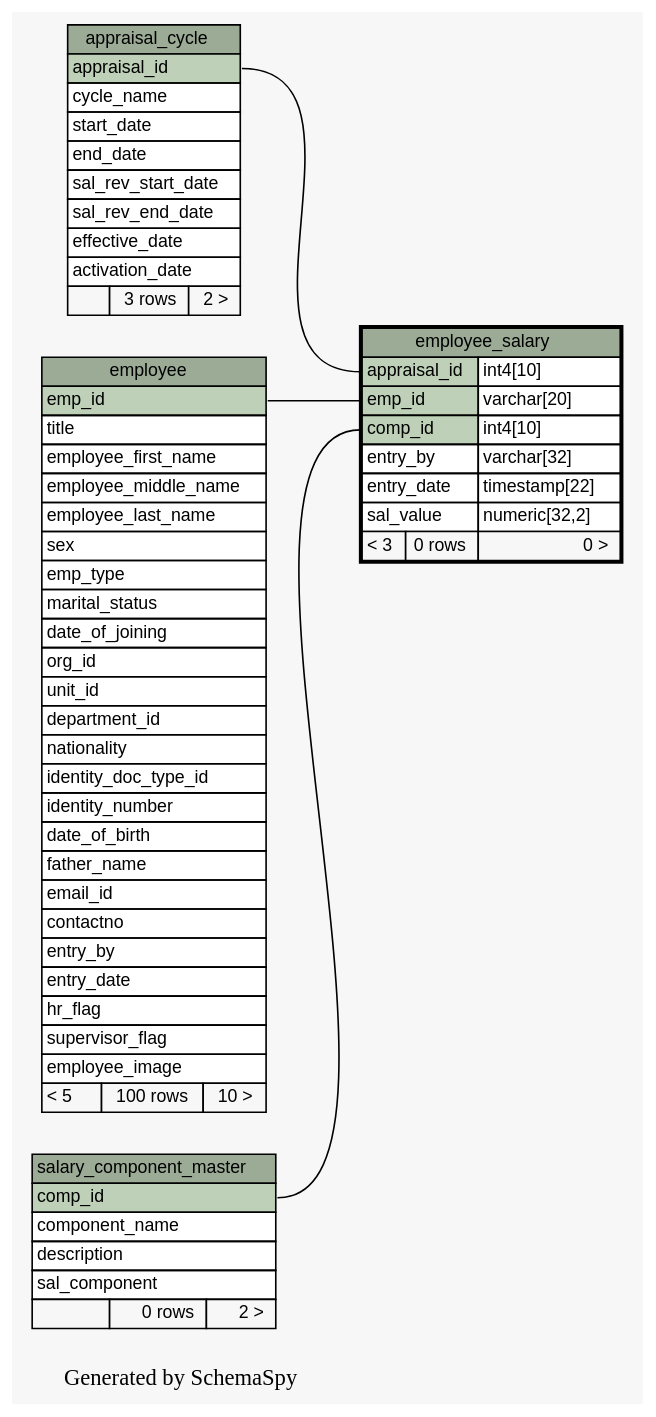
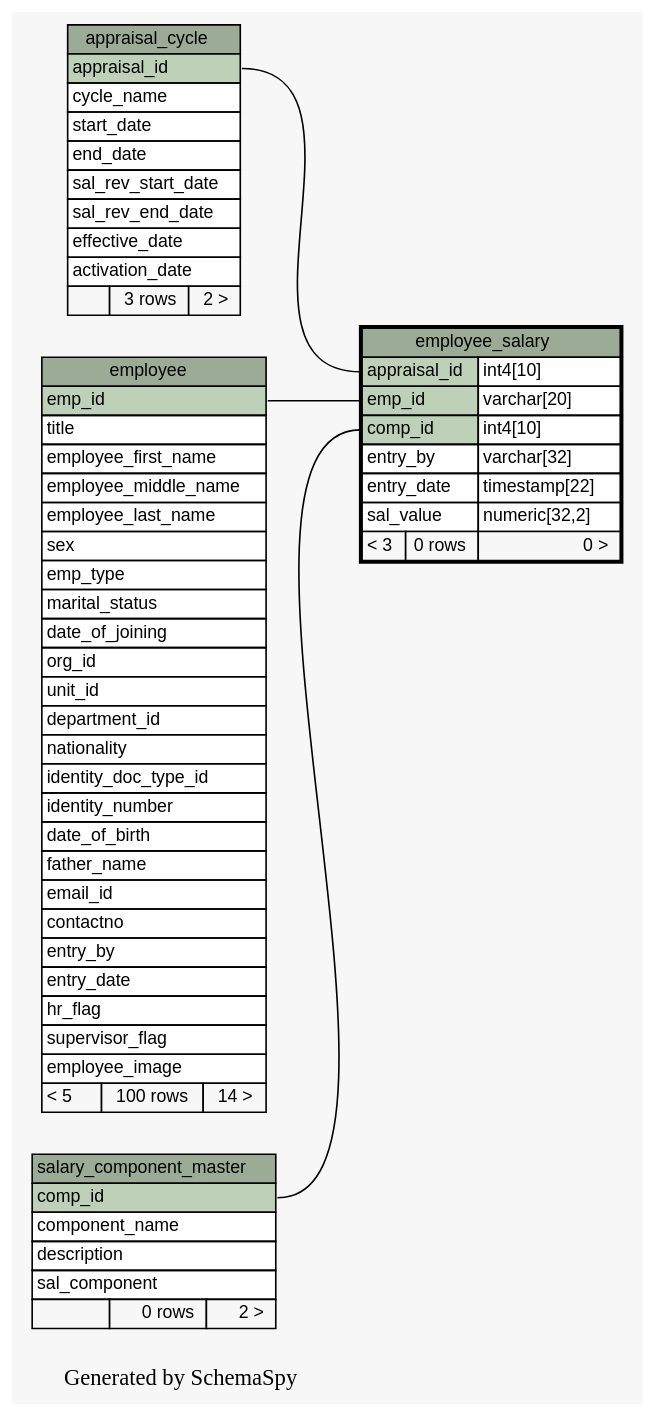
One commit to engineerscraft/hrms changed the diagram in docs/database/schemaspy/graphs/employee_salary.1degree.dot. Above: the diagram before and after it, drawn with Graphviz. The commit also changed 235 other files, not shown here.

Commit message:
Updated schemaspy

```diff
--- a/docs/database/schemaspy/graphs/employee_salary.1degree.dot
+++ b/docs/database/schemaspy/graphs/employee_salary.1degree.dot
@@ -1,98 +1,98 @@
-// dot 2.38.0 on Windows 7 6.1
+// dot 2.38.0 on Windows 8.1 6.3
 digraph "oneDegreeRelationshipsGraph" {
   graph [
     rankdir="RL"
     bgcolor="#f7f7f7"
     label="\nGenerated by SchemaSpy"
     labeljust="l"
   ];
   node [
     fontname="Helvetica"
     fontsize="11"
     shape="plaintext"
   ];
   edge [
     arrowsize="0.8"
   ];
   "employee_salary":"appraisal_id":w -> "appraisal_cycle":"appraisal_id":e [arrowtail=crowtee arrowhead=none];
   "employee_salary":"comp_id":w -> "salary_component_master":"comp_id":e [arrowtail=crowtee arrowhead=none];
   "employee_salary":"emp_id":w -> "employee":"emp_id":e [arrowtail=crowtee arrowhead=none];
   "appraisal_cycle" [
     label=<
     <TABLE BORDER="0" CELLBORDER="1" CELLSPACING="0" BGCOLOR="#ffffff">
       <TR><TD PORT="appraisal_cycle.heading" COLSPAN="3" BGCOLOR="#9bab96" ALIGN="CENTER">appraisal_cycle</TD></TR>
       <TR><TD PORT="appraisal_id" COLSPAN="3" BGCOLOR="#bed1b8" ALIGN="LEFT">appraisal_id</TD></TR>
       <TR><TD PORT="cycle_name" COLSPAN="3" ALIGN="LEFT">cycle_name</TD></TR>
       <TR><TD PORT="start_date" COLSPAN="3" ALIGN="LEFT">start_date</TD></TR>
       <TR><TD PORT="end_date" COLSPAN="3" ALIGN="LEFT">end_date</TD></TR>
       <TR><TD PORT="sal_rev_start_date" COLSPAN="3" ALIGN="LEFT">sal_rev_start_date</TD></TR>
       <TR><TD PORT="sal_rev_end_date" COLSPAN="3" ALIGN="LEFT">sal_rev_end_date</TD></TR>
       <TR><TD PORT="effective_date" COLSPAN="3" ALIGN="LEFT">effective_date</TD></TR>
       <TR><TD PORT="activation_date" COLSPAN="3" ALIGN="LEFT">activation_date</TD></TR>
       <TR><TD ALIGN="LEFT" BGCOLOR="#f7f7f7">  </TD><TD ALIGN="RIGHT" BGCOLOR="#f7f7f7">3 rows</TD><TD ALIGN="RIGHT" BGCOLOR="#f7f7f7">2 &gt;</TD></TR>
     </TABLE>>
     URL="appraisal_cycle.html#graph"
     tooltip="appraisal_cycle"
   ];
   "employee" [
     label=<
     <TABLE BORDER="0" CELLBORDER="1" CELLSPACING="0" BGCOLOR="#ffffff">
       <TR><TD PORT="employee.heading" COLSPAN="3" BGCOLOR="#9bab96" ALIGN="CENTER">employee</TD></TR>
       <TR><TD PORT="emp_id" COLSPAN="3" BGCOLOR="#bed1b8" ALIGN="LEFT">emp_id</TD></TR>
       <TR><TD PORT="title" COLSPAN="3" ALIGN="LEFT">title</TD></TR>
       <TR><TD PORT="employee_first_name" COLSPAN="3" ALIGN="LEFT">employee_first_name</TD></TR>
       <TR><TD PORT="employee_middle_name" COLSPAN="3" ALIGN="LEFT">employee_middle_name</TD></TR>
       <TR><TD PORT="employee_last_name" COLSPAN="3" ALIGN="LEFT">employee_last_name</TD></TR>
       <TR><TD PORT="sex" COLSPAN="3" ALIGN="LEFT">sex</TD></TR>
       <TR><TD PORT="emp_type" COLSPAN="3" ALIGN="LEFT">emp_type</TD></TR>
       <TR><TD PORT="marital_status" COLSPAN="3" ALIGN="LEFT">marital_status</TD></TR>
       <TR><TD PORT="date_of_joining" COLSPAN="3" ALIGN="LEFT">date_of_joining</TD></TR>
       <TR><TD PORT="org_id" COLSPAN="3" ALIGN="LEFT">org_id</TD></TR>
       <TR><TD PORT="unit_id" COLSPAN="3" ALIGN="LEFT">unit_id</TD></TR>
       <TR><TD PORT="department_id" COLSPAN="3" ALIGN="LEFT">department_id</TD></TR>
       <TR><TD PORT="nationality" COLSPAN="3" ALIGN="LEFT">nationality</TD></TR>
       <TR><TD PORT="identity_doc_type_id" COLSPAN="3" ALIGN="LEFT">identity_doc_type_id</TD></TR>
       <TR><TD PORT="identity_number" COLSPAN="3" ALIGN="LEFT">identity_number</TD></TR>
       <TR><TD PORT="date_of_birth" COLSPAN="3" ALIGN="LEFT">date_of_birth</TD></TR>
       <TR><TD PORT="father_name" COLSPAN="3" ALIGN="LEFT">father_name</TD></TR>
       <TR><TD PORT="email_id" COLSPAN="3" ALIGN="LEFT">email_id</TD></TR>
       <TR><TD PORT="contactno" COLSPAN="3" ALIGN="LEFT">contactno</TD></TR>
       <TR><TD PORT="entry_by" COLSPAN="3" ALIGN="LEFT">entry_by</TD></TR>
       <TR><TD PORT="entry_date" COLSPAN="3" ALIGN="LEFT">entry_date</TD></TR>
       <TR><TD PORT="hr_flag" COLSPAN="3" ALIGN="LEFT">hr_flag</TD></TR>
       <TR><TD PORT="supervisor_flag" COLSPAN="3" ALIGN="LEFT">supervisor_flag</TD></TR>
       <TR><TD PORT="employee_image" COLSPAN="3" ALIGN="LEFT">employee_image</TD></TR>
-      <TR><TD ALIGN="LEFT" BGCOLOR="#f7f7f7">&lt; 5</TD><TD ALIGN="RIGHT" BGCOLOR="#f7f7f7">100 rows</TD><TD ALIGN="RIGHT" BGCOLOR="#f7f7f7">10 &gt;</TD></TR>
+      <TR><TD ALIGN="LEFT" BGCOLOR="#f7f7f7">&lt; 5</TD><TD ALIGN="RIGHT" BGCOLOR="#f7f7f7">100 rows</TD><TD ALIGN="RIGHT" BGCOLOR="#f7f7f7">14 &gt;</TD></TR>
     </TABLE>>
     URL="employee.html#graph"
     tooltip="employee"
   ];
   "employee_salary" [
     label=<
     <TABLE BORDER="2" CELLBORDER="1" CELLSPACING="0" BGCOLOR="#ffffff">
       <TR><TD PORT="employee_salary.heading" COLSPAN="3" BGCOLOR="#9bab96" ALIGN="CENTER">employee_salary</TD></TR>
       <TR><TD PORT="appraisal_id" COLSPAN="2" BGCOLOR="#bed1b8" ALIGN="LEFT">appraisal_id</TD><TD PORT="appraisal_id.type" ALIGN="LEFT">int4[10]</TD></TR>
       <TR><TD PORT="emp_id" COLSPAN="2" BGCOLOR="#bed1b8" ALIGN="LEFT">emp_id</TD><TD PORT="emp_id.type" ALIGN="LEFT">varchar[20]</TD></TR>
       <TR><TD PORT="comp_id" COLSPAN="2" BGCOLOR="#bed1b8" ALIGN="LEFT">comp_id</TD><TD PORT="comp_id.type" ALIGN="LEFT">int4[10]</TD></TR>
       <TR><TD PORT="entry_by" COLSPAN="2" ALIGN="LEFT">entry_by</TD><TD PORT="entry_by.type" ALIGN="LEFT">varchar[32]</TD></TR>
       <TR><TD PORT="entry_date" COLSPAN="2" ALIGN="LEFT">entry_date</TD><TD PORT="entry_date.type" ALIGN="LEFT">timestamp[22]</TD></TR>
       <TR><TD PORT="sal_value" COLSPAN="2" ALIGN="LEFT">sal_value</TD><TD PORT="sal_value.type" ALIGN="LEFT">numeric[32,2]</TD></TR>
       <TR><TD ALIGN="LEFT" BGCOLOR="#f7f7f7">&lt; 3</TD><TD ALIGN="RIGHT" BGCOLOR="#f7f7f7">0 rows</TD><TD ALIGN="RIGHT" BGCOLOR="#f7f7f7">0 &gt;</TD></TR>
     </TABLE>>
     URL="employee_salary.html#"
     tooltip="employee_salary"
   ];
   "salary_component_master" [
     label=<
     <TABLE BORDER="0" CELLBORDER="1" CELLSPACING="0" BGCOLOR="#ffffff">
       <TR><TD PORT="salary_component_master.heading" COLSPAN="3" BGCOLOR="#9bab96" ALIGN="CENTER">salary_component_master</TD></TR>
       <TR><TD PORT="comp_id" COLSPAN="3" BGCOLOR="#bed1b8" ALIGN="LEFT">comp_id</TD></TR>
       <TR><TD PORT="component_name" COLSPAN="3" ALIGN="LEFT">component_name</TD></TR>
       <TR><TD PORT="description" COLSPAN="3" ALIGN="LEFT">description</TD></TR>
       <TR><TD PORT="sal_component" COLSPAN="3" ALIGN="LEFT">sal_component</TD></TR>
       <TR><TD ALIGN="LEFT" BGCOLOR="#f7f7f7">  </TD><TD ALIGN="RIGHT" BGCOLOR="#f7f7f7">0 rows</TD><TD ALIGN="RIGHT" BGCOLOR="#f7f7f7">2 &gt;</TD></TR>
     </TABLE>>
     URL="salary_component_master.html#graph"
     tooltip="salary_component_master"
   ];
 }
```
